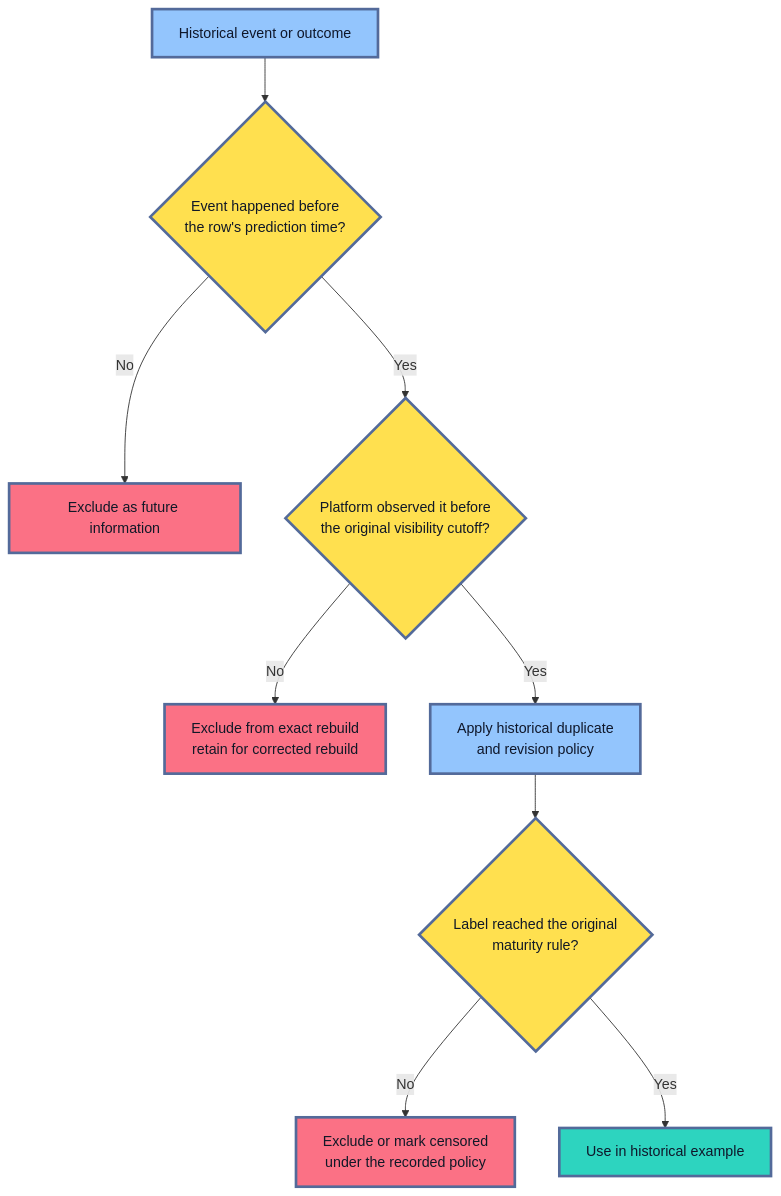
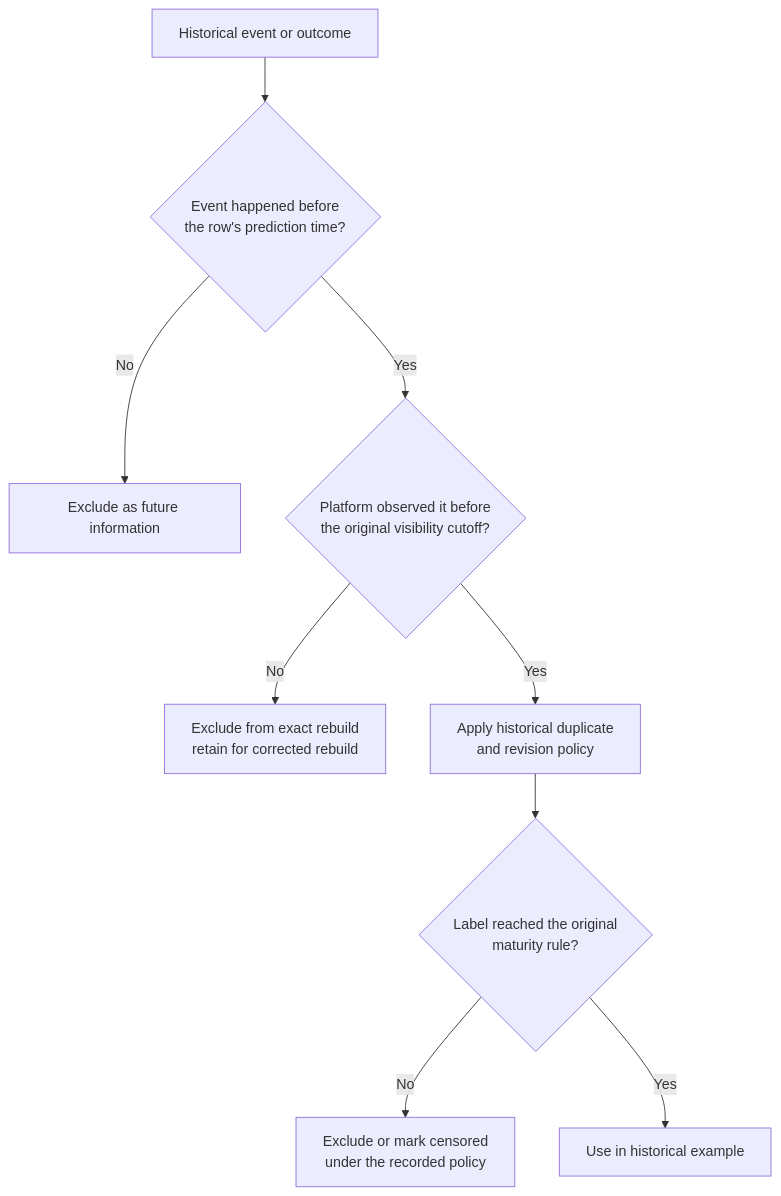
One commit to senlinyy/dev-roadmaps changed the fourth of 6 diagrams in roadmaps/mlops/modules/data-for-ml-systems/data-pipelines/03-rebuilding-past-datasets.md. Above: the diagram before and after it, drawn with Mermaid. The commit also changed other lines of this file and 152 other files, not shown here.

Commit message:
feat: mlops and diagrams updated

````diff
--- a/roadmaps/mlops/modules/data-for-ml-systems/data-pipelines/03-rebuilding-past-datasets.md
+++ b/roadmaps/mlops/modules/data-for-ml-systems/data-pipelines/03-rebuilding-past-datasets.md
@@ -385,20 +374,16 @@
 ```mermaid
 flowchart TD
     A["Historical event or outcome"] --> B{"Event happened before<br/>the row's prediction time?"}
     B -- "No" --> C["Exclude as future information"]
     B -- "Yes" --> D{"Platform observed it before<br/>the original visibility cutoff?"}
     D -- "No" --> E["Exclude from exact rebuild<br/>retain for corrected rebuild"]
     D -- "Yes" --> F["Apply historical duplicate<br/>and revision policy"]
     F --> G{"Label reached the original<br/>maturity rule?"}
     G -- "No" --> H["Exclude or mark censored<br/>under the recorded policy"]
     G -- "Yes" --> I["Use in historical example"]
 
-    classDef gate fill:#FFE04F,stroke:#536A9A,stroke-width:3px,color:#111827
-    classDef exclude fill:#FB7185,stroke:#536A9A,stroke-width:3px,color:#111827
-    classDef process fill:#93C5FD,stroke:#536A9A,stroke-width:3px,color:#0F172A
-    classDef include fill:#2DD4BF,stroke:#536A9A,stroke-width:3px,color:#0F172A
     class A,F process
     class B,D,G gate
     class C,E,H exclude
     class I include
 ```
````
